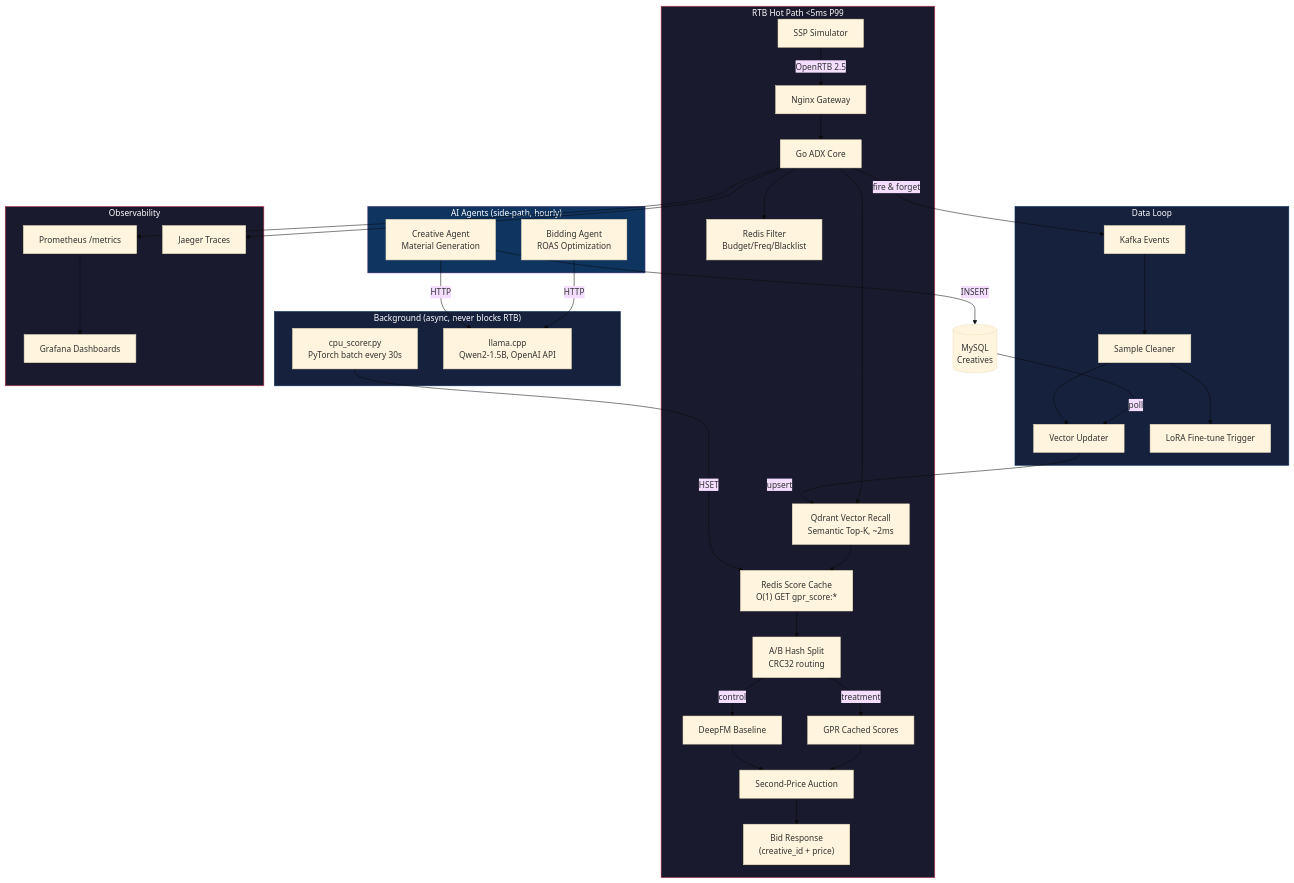
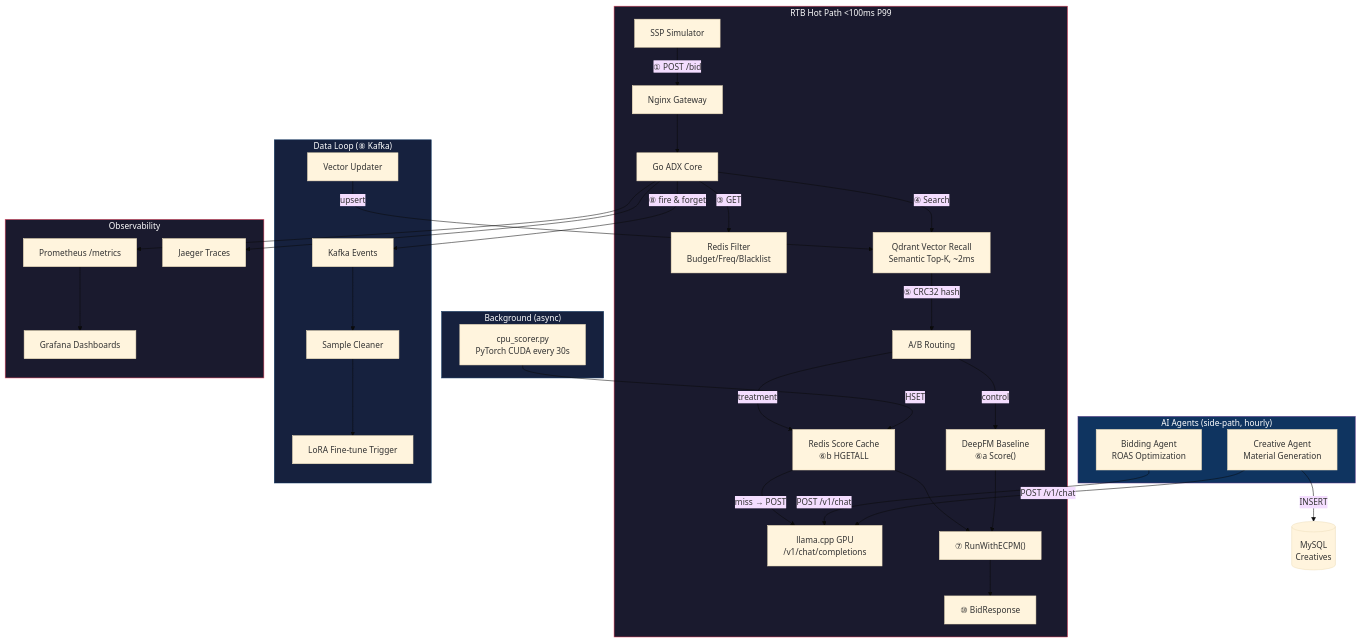
The third of 6 diagrams in demo/demo_flow.md (jlguo/agentic-adx), drawn with Mermaid (base theme) before and after one commit. The commit also changed other lines of this file, not shown here.

Commit message:
docs: RTB sequence diagram with step numbers, HTTP methods, GPU/CPU branching

````diff
--- a/demo/demo_flow.md
+++ b/demo/demo_flow.md
@@ -50,51 +128,48 @@
 ```mermaid
 flowchart TB
-    subgraph Hot["RTB Hot Path &lt;5ms P99"]
-        SSP["SSP Simulator"] -->|"OpenRTB 2.5"| NGINX["Nginx Gateway"]
+    subgraph Hot["RTB Hot Path &lt;100ms P99"]
+        SSP["SSP Simulator"] -->|"① POST /bid"| NGINX["Nginx Gateway"]
         NGINX --> ADX["Go ADX Core"]
-        ADX --> FILTER["Redis Filter\nBudget/Freq/Blacklist"]
-        ADX --> VEC["Qdrant Vector Recall\nSemantic Top-K, ~2ms"]
-        VEC --> CACHE["Redis Score Cache\nO(1) GET gpr_score:*"]
-        CACHE --> AB["A/B Hash Split\nCRC32 routing"]
-        AB -->|"treatment"| GPR_SCORE["GPR Cached Scores"]
-        AB -->|"control"| BASELINE["DeepFM Baseline"]
-        GPR_SCORE --> AUCTION["Second-Price Auction"]
+        ADX -->|"③ GET"| FILTER["Redis Filter\nBudget/Freq/Blacklist"]
+        ADX -->|"④ Search"| VEC["Qdrant Vector Recall\nSemantic Top-K, ~2ms"]
+        VEC -->|"⑤ CRC32 hash"| AB["A/B Routing"]
+        AB -->|"treatment"| CACHE["Redis Score Cache\n⑥b HGETALL"]
+        AB -->|"control"| BASELINE["DeepFM Baseline\n⑥a Score()"]
+        CACHE -->|"miss → POST"| LLAMA["llama.cpp GPU\n/v1/chat/completions"]
+        CACHE --> AUCTION["⑦ RunWithECPM()"]
         BASELINE --> AUCTION
-        AUCTION --> RES["Bid Response\n(creative_id + price)"]
+        AUCTION --> RES["⑩ BidResponse"]
     end
 
-    subgraph BG["Background (async, never blocks RTB)"]
-        SCORER["cpu_scorer.py\nPyTorch batch every 30s"]
+    subgraph BG["Background (async)"]
+        SCORER["cpu_scorer.py\nPyTorch CUDA every 30s"]
         SCORER -->|"HSET"| CACHE
-        LLAMA["llama.cpp\nQwen2-1.5B, OpenAI API"]
     end
 
     subgraph Agents["AI Agents (side-path, hourly)"]
         BID["Bidding Agent\nROAS Optimization"]
         CRT["Creative Agent\nMaterial Generation"]
     end
-    BID -->|"HTTP"| LLAMA
-    CRT -->|"HTTP"| LLAMA
+    BID -->|"POST /v1/chat"| LLAMA
+    CRT -->|"POST /v1/chat"| LLAMA
     CRT -->|"INSERT"| MYSQL[("MySQL\nCreatives")]
-    MYSQL -->|"poll"| VUP["Vector Updater"]
-    VUP -->|"upsert"| VEC
 
-    subgraph Loop["Data Loop"]
-        ADX -->|"fire & forget"| KAFKA["Kafka Events"]
+    subgraph Loop["Data Loop (⑧ Kafka)"]
+        ADX -->|"⑧ fire & forget"| KAFKA["Kafka Events"]
         KAFKA --> CLEAN["Sample Cleaner"]
         CLEAN --> TRAIN["LoRA Fine-tune Trigger"]
-        CLEAN --> VUP
+        VUP["Vector Updater"] -->|"upsert"| VEC
     end
 
     subgraph Obs["Observability"]
         ADX --> PROM["Prometheus /metrics"]
         ADX --> JAEGER["Jaeger Traces"]
         PROM --> GRAFANA["Grafana Dashboards"]
     end
 
     style Hot fill:#1a1a2e,stroke:#e94560,color:#fff
     style BG fill:#16213e,stroke:#0f3460,color:#fff
     style Agents fill:#0f3460,stroke:#533483,color:#fff
     style Loop fill:#16213e,stroke:#0f3460,color:#fff
     style Obs fill:#1a1a2e,stroke:#e94560,color:#fff
 ```
````
